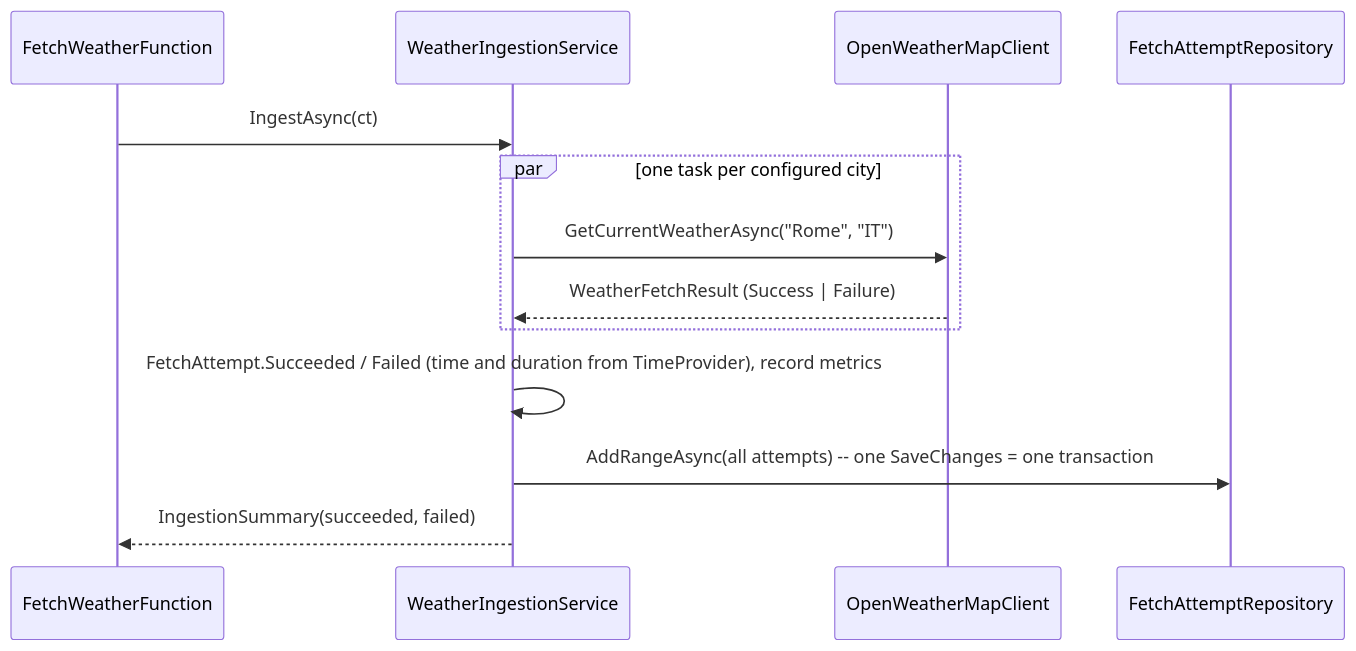
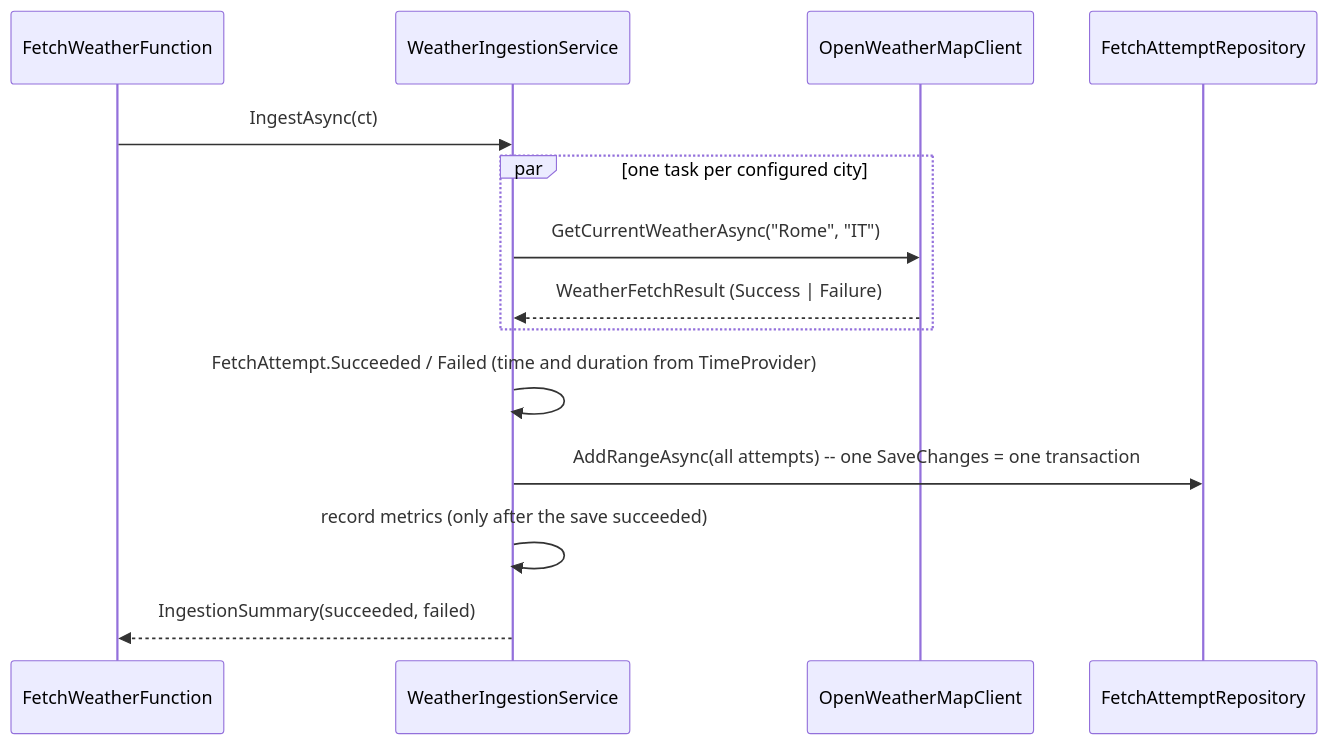
The third of 3 diagrams in docs/architecture.md (Dmitrijs-Blinkovs/weather-monitor), drawn with Mermaid before and after one commit. The commit also changed other lines of this file and 20 other files, not shown here.

````diff
--- a/docs/architecture.md
+++ b/docs/architecture.md
@@ -126,15 +126,16 @@
 ```mermaid
 sequenceDiagram
     participant Timer as FetchWeatherFunction
     participant Svc as WeatherIngestionService
     participant OWM as OpenWeatherMapClient
     participant Repo as FetchAttemptRepository
     Timer->>Svc: IngestAsync(ct)
     par one task per configured city
         Svc->>OWM: GetCurrentWeatherAsync("Rome", "IT")
         OWM-->>Svc: WeatherFetchResult (Success | Failure)
     end
-    Svc->>Svc: FetchAttempt.Succeeded / Failed (time and duration from TimeProvider), record metrics
+    Svc->>Svc: FetchAttempt.Succeeded / Failed (time and duration from TimeProvider)
     Svc->>Repo: AddRangeAsync(all attempts)  -- one SaveChanges = one transaction
+    Svc->>Svc: record metrics (only after the save succeeded)
     Svc-->>Timer: IngestionSummary(succeeded, failed)
 ```
````
